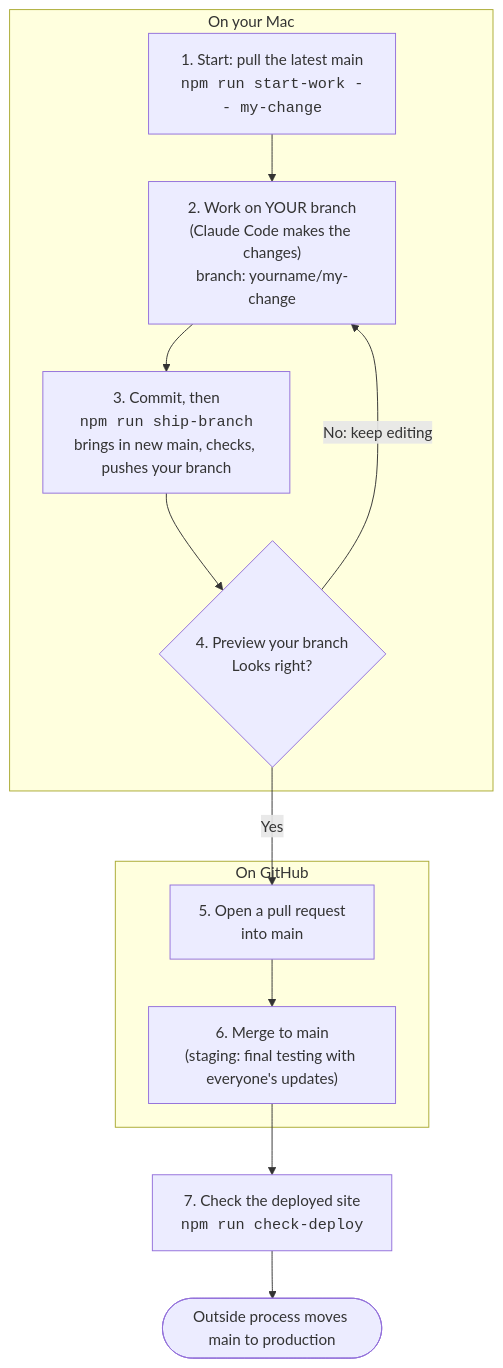
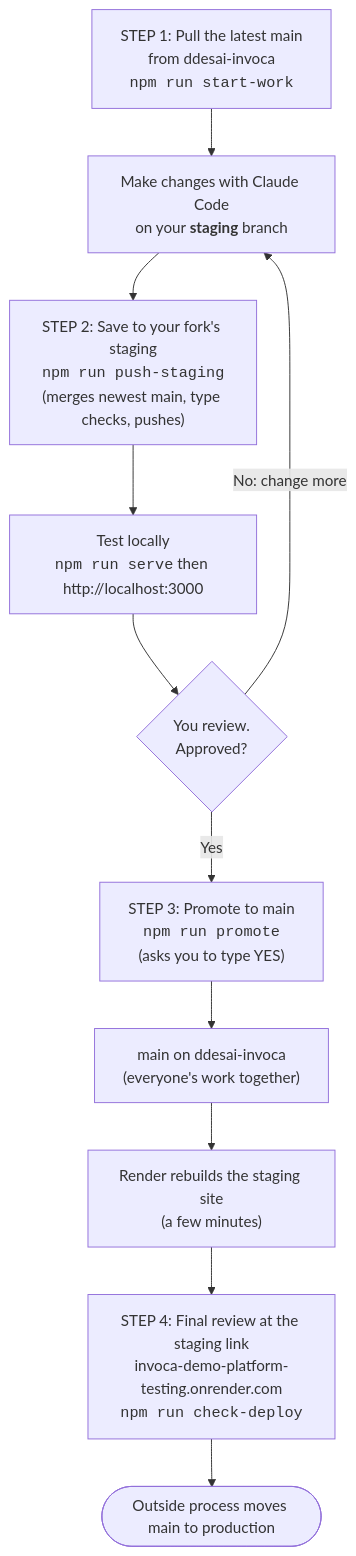
Before and after one commit to bmccarty322/invoca-demo-platform-testing: the diagram in docs/TEAM_WORKFLOW.md, drawn with Mermaid. The commit also changed other lines of this file and 6 other files, not shown here.

Commit message:
Team workflow: fork staging -> team main, with promote script and approval prompt

````diff
--- a/docs/TEAM_WORKFLOW.md
+++ b/docs/TEAM_WORKFLOW.md
@@ -9,22 +17,13 @@
 ```mermaid
 flowchart TD
-    A["1. Start: pull the latest main<br/><code>npm run start-work -- my-change</code>"] --> B["2. Work on YOUR branch<br/>(Claude Code makes the changes)<br/>branch: yourname/my-change"]
-    B --> C["3. Commit, then<br/><code>npm run ship-branch</code><br/>brings in new main, checks, pushes your branch"]
-    C --> D{"4. Preview your branch<br/>Looks right?"}
-    D -- "No: keep editing" --> B
-    D -- Yes --> E["5. Open a pull request<br/>into main"]
-    E --> F["6. Merge to main<br/>(staging: final testing with everyone's updates)"]
-    F --> G["7. Check the deployed site<br/><code>npm run check-deploy</code>"]
-    G --> H(["Outside process moves main to production"])
-
-    subgraph local ["On your Mac"]
-      A
-      B
-      C
-      D
-    end
-    subgraph github ["On GitHub"]
-      E
-      F
-    end
+    A["STEP 1: Pull the latest main<br/>from ddesai-invoca<br/><code>npm run start-work</code>"] --> B["Make changes with Claude Code<br/>on your <b>staging</b> branch"]
+    B --> C["STEP 2: Save to your fork's staging<br/><code>npm run push-staging</code><br/>(merges newest main, type checks, pushes)"]
+    C --> D["Test locally<br/><code>npm run serve</code> then http://localhost:3000"]
+    D --> E{"You review.<br/>Approved?"}
+    E -- "No: change more" --> B
+    E -- Yes --> F["STEP 3: Promote to main<br/><code>npm run promote</code><br/>(asks you to type YES)"]
+    F --> G["main on ddesai-invoca<br/>(everyone's work together)"]
+    G --> H["Render rebuilds the staging site<br/>(a few minutes)"]
+    H --> I["STEP 4: Final review at the staging link<br/>invoca-demo-platform-testing.onrender.com<br/><code>npm run check-deploy</code>"]
+    I --> J(["Outside process moves main to production"])
 ```
````
